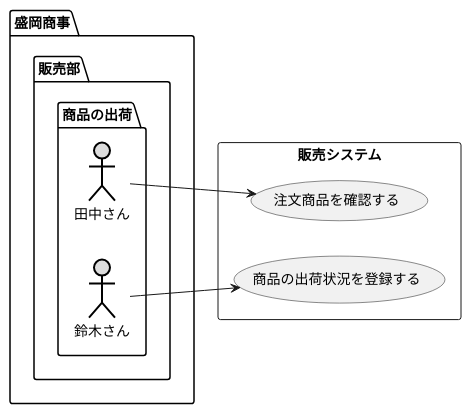
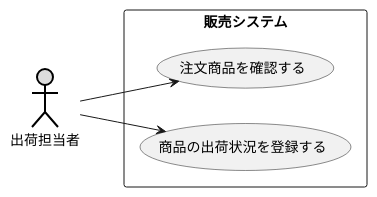
The diagram in 演習2-5_盛岡商事_販売管理システム.pu (allface017/uml-introduction), drawn with PlantUML before and after one commit.

Commit message:
演習2-5

```diff
--- a/演習2-5_盛岡商事_販売管理システム.pu
+++ b/演習2-5_盛岡商事_販売管理システム.pu
@@ -1,21 +1,16 @@
 @startuml 例題3
 left to right direction
-package 盛岡商事{
-    package 販売部{
-        package 商品の出荷{
-actor 田中さん as tana #DDDDDD;line:black;line.bold;
-actor 鈴木さん as suzu #DDDDDD;line:black;line.bold;
-        }
-}
-    }
+
+actor 出荷担当者 as you #DDDDDD;line:black;line.bold;
 
 rectangle 販売システム {
 usecase 注文商品を確認する as A
 usecase 商品の出荷状況を登録する as B
 
 }
 
 
-tana -->  A  
-suzu --> B
+you -->  A 
+you --> B 
+
 @enduml
```
